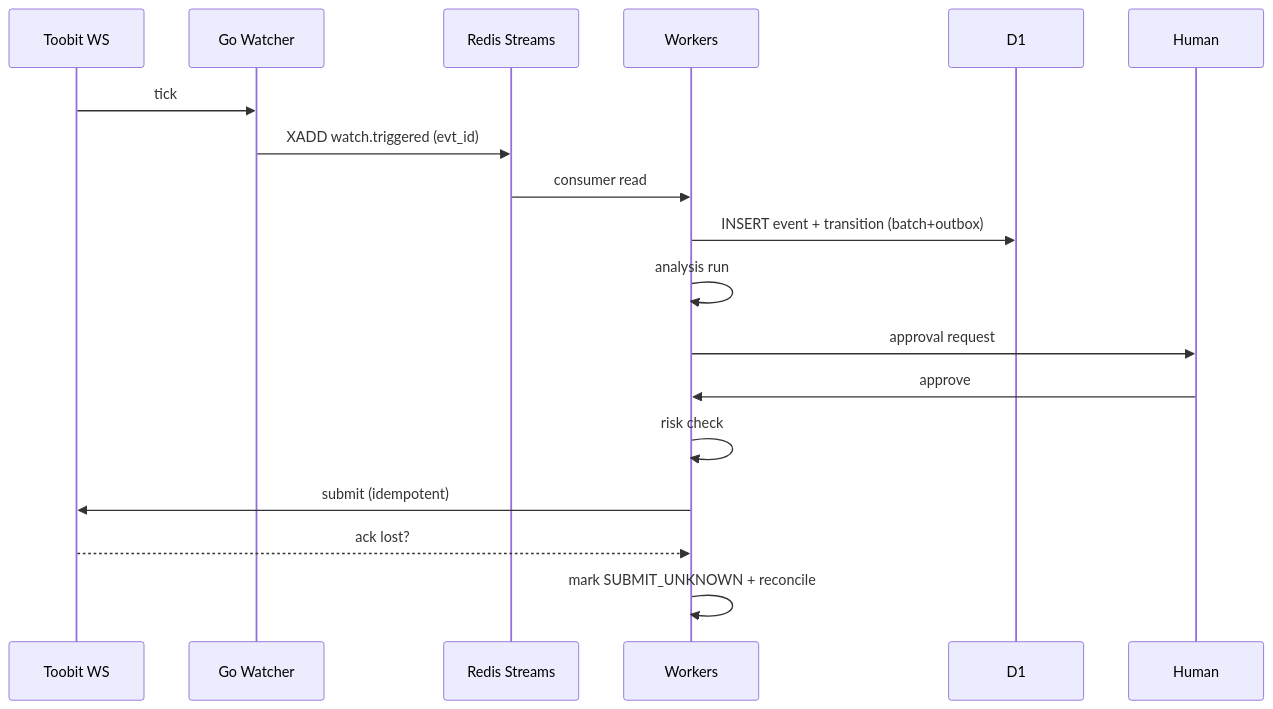
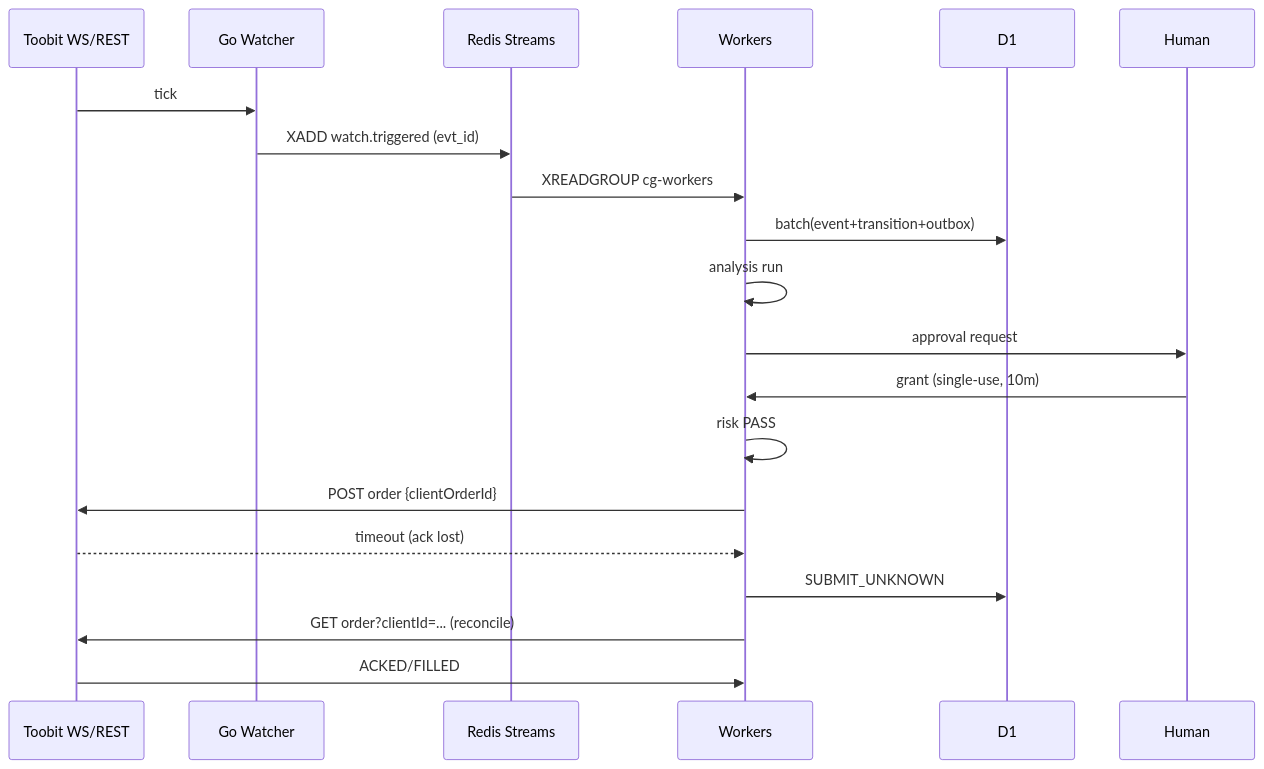
The third of 3 diagrams in docs/05-events-and-state-machines.md (mehranjanati/trading-agent), drawn with Mermaid before and after one commit. The commit also changed other lines of this file and 26 other files, not shown here.

````diff
--- a/docs/05-events-and-state-machines.md
+++ b/docs/05-events-and-state-machines.md
@@ -19,20 +47,22 @@
 ```mermaid
 sequenceDiagram
-  participant T as Toobit WS
+  participant T as Toobit WS/REST
   participant G as Go Watcher
   participant R as Redis Streams
   participant W as Workers
   participant D as D1
   participant H as Human
   T->>G: tick
   G->>R: XADD watch.triggered (evt_id)
-  R->>W: consumer read
-  W->>D: INSERT event + transition (batch+outbox)
+  R->>W: XREADGROUP cg-workers
+  W->>D: batch(event+transition+outbox)
   W->>W: analysis run
   W->>H: approval request
-  H->>W: approve
-  W->>W: risk check
-  W->>T: submit (idempotent)
-  T-->>W: ack lost?
-  W->>W: mark SUBMIT_UNKNOWN + reconcile
+  H->>W: grant (single-use, 10m)
+  W->>W: risk PASS
+  W->>T: POST order {clientOrderId}
+  T-->>W: timeout (ack lost)
+  W->>D: SUBMIT_UNKNOWN
+  W->>T: GET order?clientId=... (reconcile)
+  T->>W: ACKED/FILLED
 ```
````
